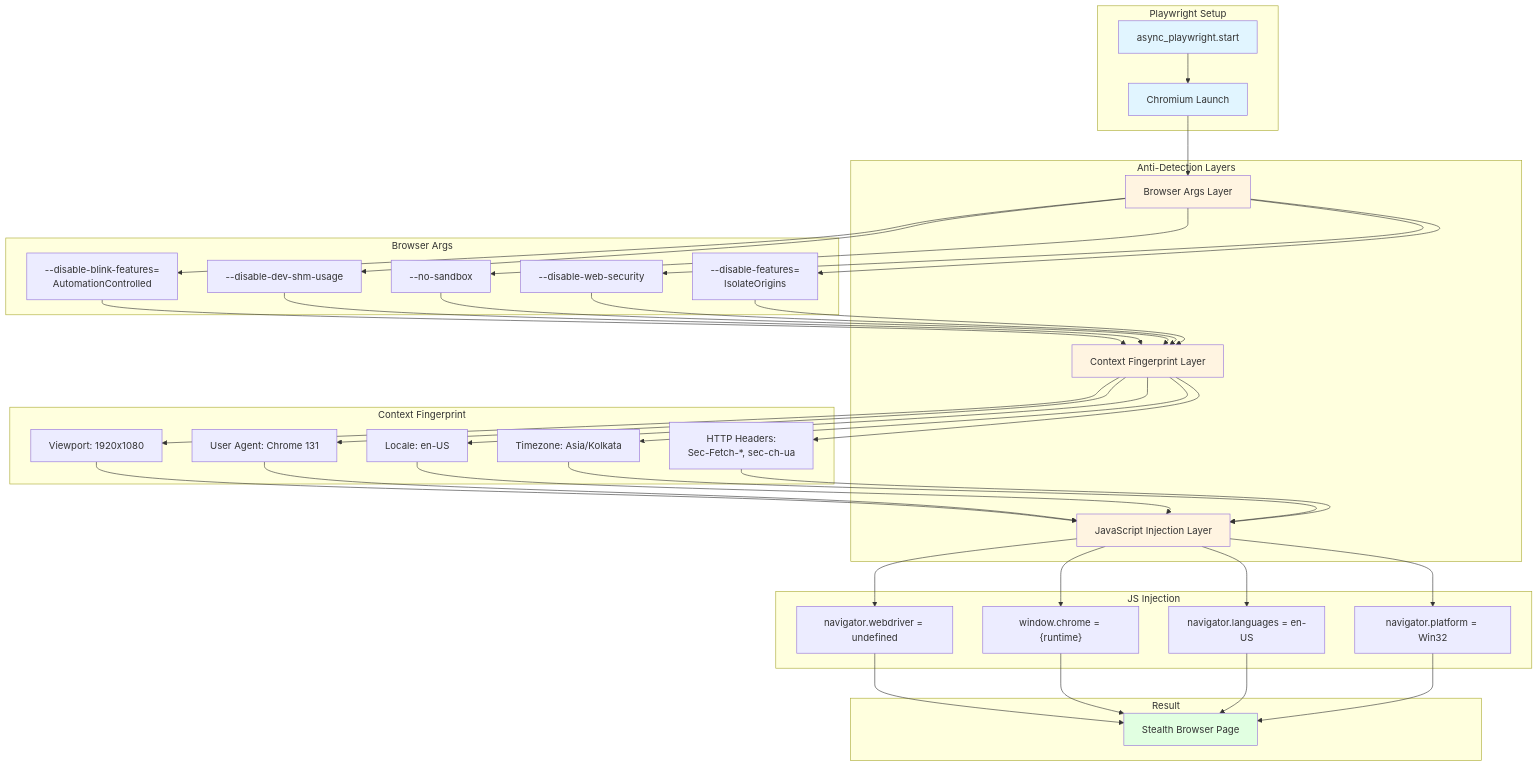
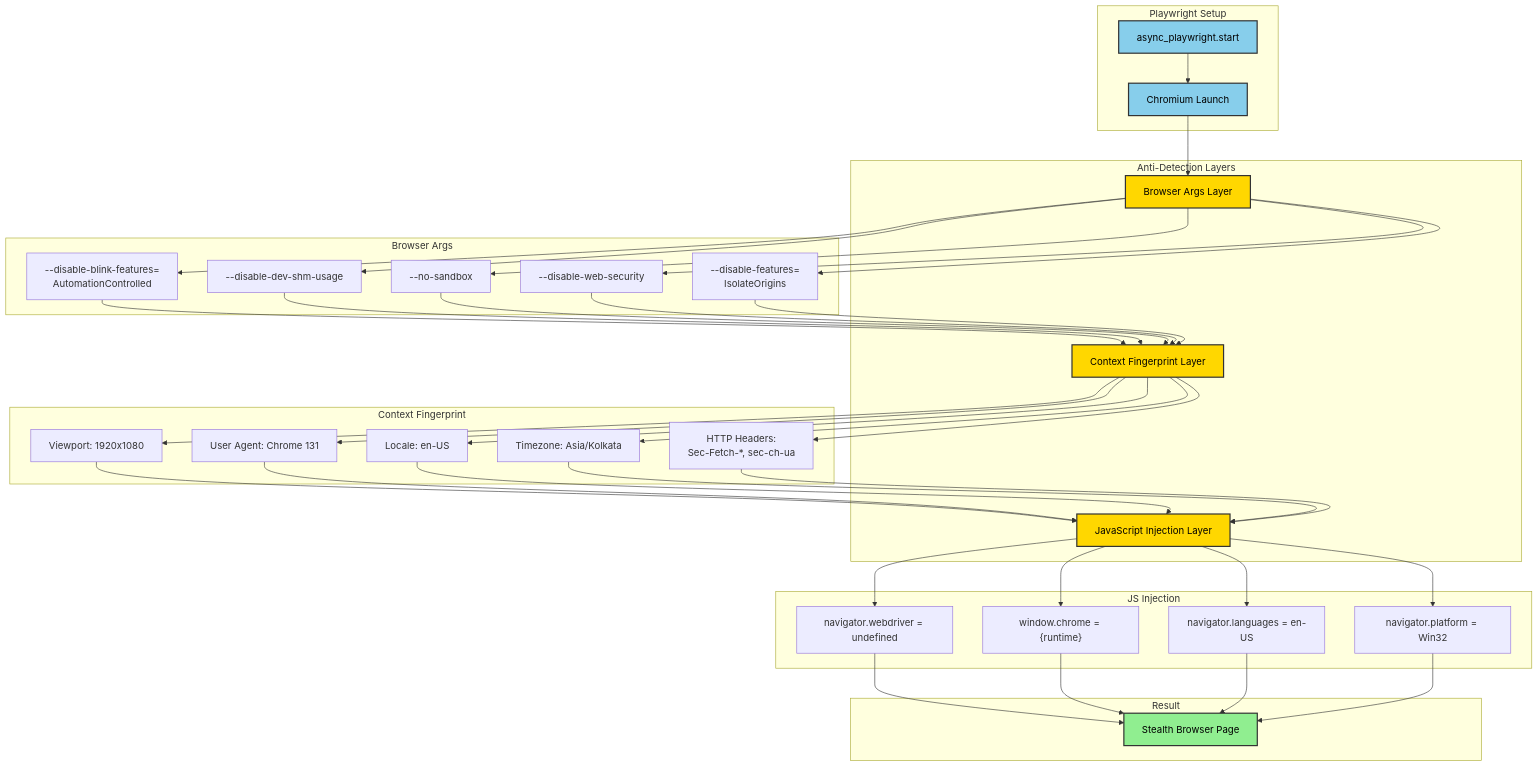
Before and after one commit to Buck-Beak/Form_Filler: the fifth of 9 diagrams in ARCHITECTURE_DIAGRAM.md, drawn with Mermaid. The commit also changed other lines of this file, not shown here.

````diff
--- a/ARCHITECTURE_DIAGRAM.md
+++ b/ARCHITECTURE_DIAGRAM.md
@@ -284,59 +284,59 @@
 ```mermaid
 graph TB
     subgraph "Playwright Setup"
         A[async_playwright.start]
         B[Chromium Launch]
     end
     
     subgraph "Anti-Detection Layers"
         C1[Browser Args Layer]
         C2[Context Fingerprint Layer]
         C3[JavaScript Injection Layer]
     end
     
     subgraph "Browser Args"
         D1[--disable-blink-features=<br/>AutomationControlled]
         D2[--disable-dev-shm-usage]
         D3[--no-sandbox]
         D4[--disable-web-security]
         D5[--disable-features=<br/>IsolateOrigins]
     end
     
     subgraph "Context Fingerprint"
         E1[Viewport: 1920x1080]
         E2[User Agent: Chrome 131]
         E3[Locale: en-US]
         E4[Timezone: Asia/Kolkata]
         E5[HTTP Headers:<br/>Sec-Fetch-*, sec-ch-ua]
     end
     
     subgraph "JS Injection"
         F1[navigator.webdriver = undefined]
         F2["window.chrome = {runtime}"]
         F3["navigator.languages = en-US"]
         F4[navigator.platform = Win32]
     end
     
     subgraph "Result"
         G[Stealth Browser Page]
     end
     
     A --> B
     B --> C1
     C1 --> D1 & D2 & D3 & D4 & D5
     
     D1 & D2 & D3 & D4 & D5 --> C2
     C2 --> E1 & E2 & E3 & E4 & E5
     
     E1 & E2 & E3 & E4 & E5 --> C3
     C3 --> F1 & F2 & F3 & F4
     
     F1 & F2 & F3 & F4 --> G
     
-    style A fill:#e1f5ff
-    style B fill:#e1f5ff
-    style C1 fill:#fff4e1
-    style C2 fill:#fff4e1
-    style C3 fill:#fff4e1
-    style G fill:#e1ffe1
+    style A fill:#87ceeb,stroke:#333,stroke-width:2px,color:#000
+    style B fill:#87ceeb,stroke:#333,stroke-width:2px,color:#000
+    style C1 fill:#ffd700,stroke:#333,stroke-width:2px,color:#000
+    style C2 fill:#ffd700,stroke:#333,stroke-width:2px,color:#000
+    style C3 fill:#ffd700,stroke:#333,stroke-width:2px,color:#000
+    style G fill:#90ee90,stroke:#333,stroke-width:2px,color:#000
 ```
````
